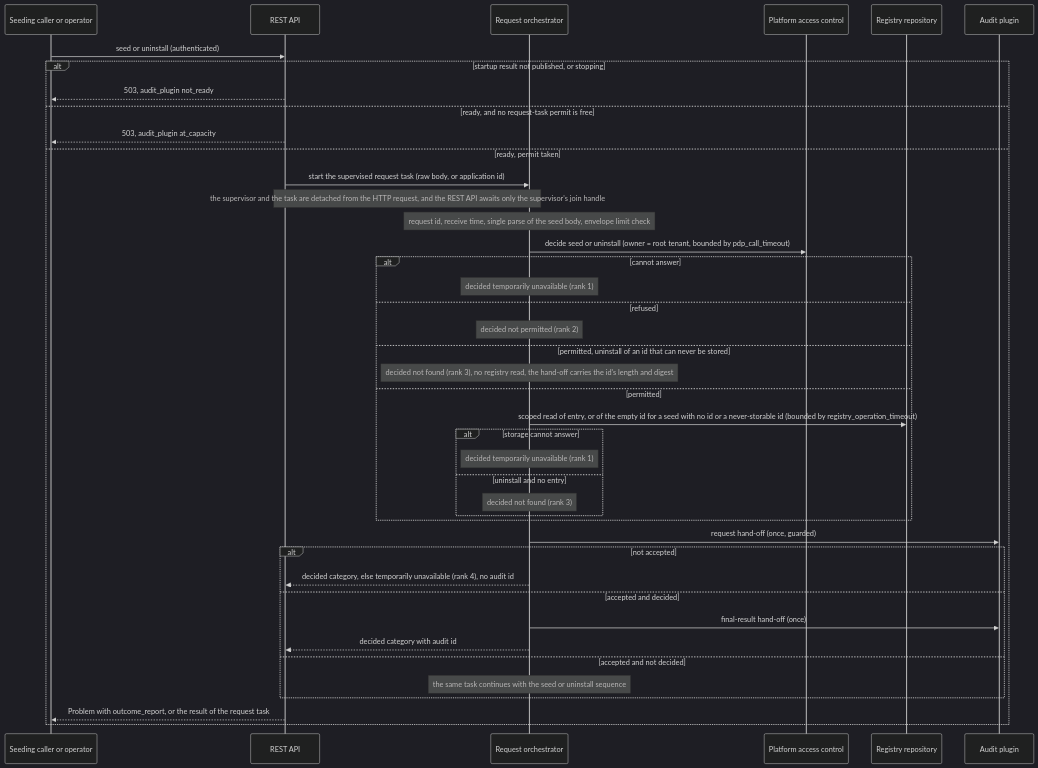
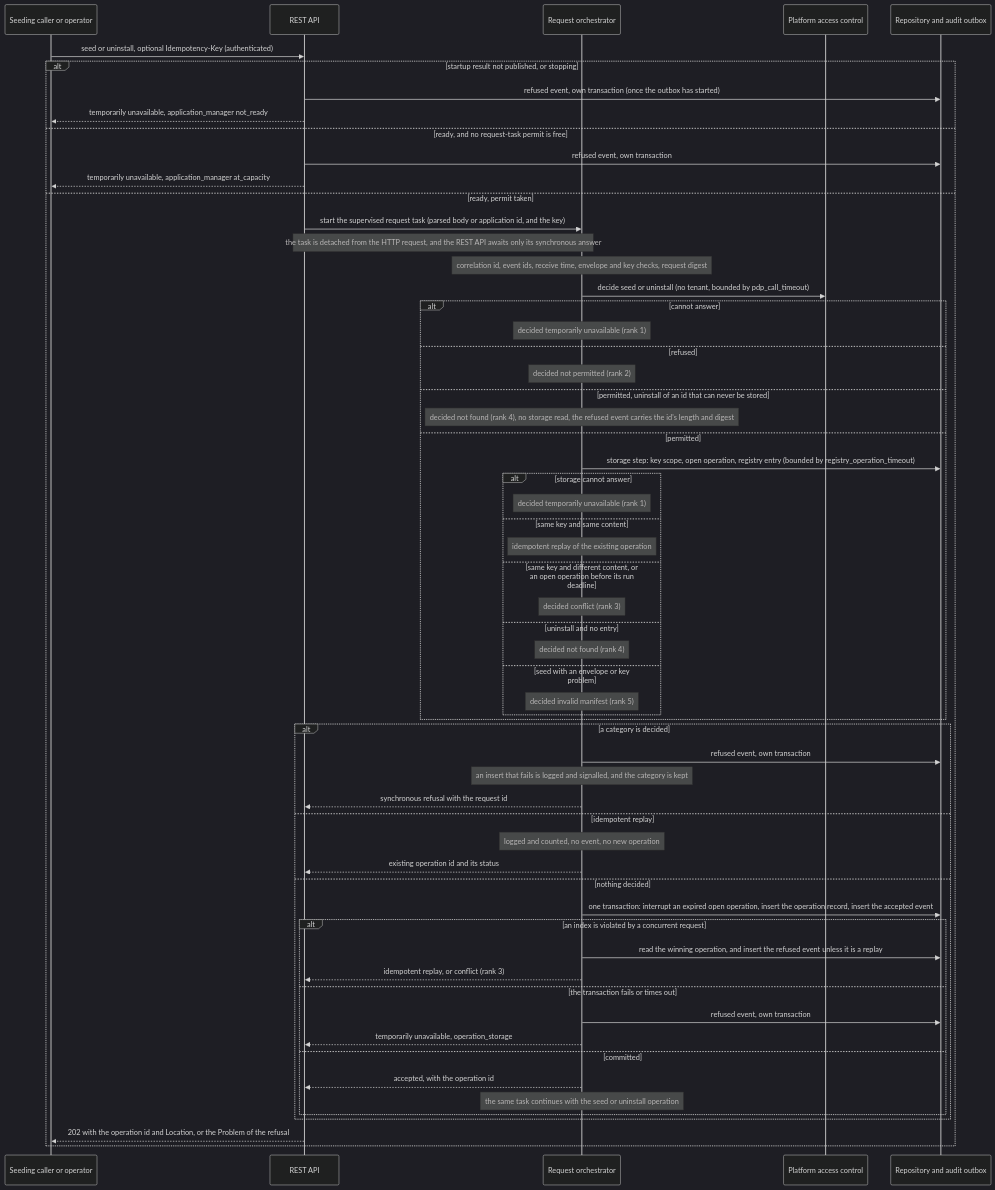
Before and after one commit to constructorfabric/gears-rust: the fifth of 12 diagrams in gears/system/application-manager/docs/DESIGN.md, drawn with Mermaid (dark theme). The commit also changed other lines of this file and 8 other files, not shown here.

````diff
--- a/gears/system/application-manager/docs/DESIGN.md
+++ b/gears/system/application-manager/docs/DESIGN.md
@@ -1004,44 +1116,62 @@
 ```mermaid
 sequenceDiagram
     participant C as Seeding caller or operator
     participant API as REST API
     participant O as Request orchestrator
     participant PDP as Platform access control
-    participant R as Registry repository
-    participant A as Audit plugin
-    C ->> API: seed or uninstall (authenticated)
+    participant R as Repository and audit outbox
+    C ->> API: seed or uninstall, optional Idempotency-Key (authenticated)
     alt startup result not published, or stopping
-        API -->> C: 503, audit_plugin not_ready
+        API ->> R: refused event, own transaction (once the outbox has started)
+        API -->> C: temporarily unavailable, application_manager not_ready
     else ready, and no request-task permit is free
-        API -->> C: 503, audit_plugin at_capacity
+        API ->> R: refused event, own transaction
+        API -->> C: temporarily unavailable, application_manager at_capacity
     else ready, permit taken
-        API ->> O: start the supervised request task (raw body, or application id)
-        Note over API,O: the supervisor and the task are detached from the HTTP request, and the REST API awaits only the supervisor's join handle
-        Note over O: request id, receive time, single parse of the seed body, envelope limit check
-        O ->> PDP: decide seed or uninstall (owner = root tenant, bounded by pdp_call_timeout)
+        API ->> O: start the supervised request task (parsed body or application id, and the key)
+        Note over API,O: the task is detached from the HTTP request, and the REST API awaits only its synchronous answer
+        Note over O: correlation id, event ids, receive time, envelope and key checks, request digest
+        O ->> PDP: decide seed or uninstall (no tenant, bounded by pdp_call_timeout)
         alt cannot answer
             Note over O: decided temporarily unavailable (rank 1)
         else refused
             Note over O: decided not permitted (rank 2)
         else permitted, uninstall of an id that can never be stored
-            Note over O: decided not found (rank 3), no registry read, the hand-off carries the id's length and digest
+            Note over O: decided not found (rank 4), no storage read, the refused event carries the id's length and digest
         else permitted
-            O ->> R: scoped read of entry, or of the empty id for a seed with no id or a never-storable id (bounded by registry_operation_timeout)
+            O ->> R: storage step: key scope, open operation, registry entry (bounded by registry_operation_timeout)
             alt storage cannot answer
                 Note over O: decided temporarily unavailable (rank 1)
+            else same key and same content
+                Note over O: idempotent replay of the existing operation
+            else same key and different content, or an open operation before its run deadline
+                Note over O: decided conflict (rank 3)
             else uninstall and no entry
-                Note over O: decided not found (rank 3)
+                Note over O: decided not found (rank 4)
+            else seed with an envelope or key problem
+                Note over O: decided invalid manifest (rank 5)
             end
         end
-        O ->> A: request hand-off (once, guarded)
-        alt not accepted
-            O -->> API: decided category, else temporarily unavailable (rank 4), no audit id
-        else accepted and decided
-            O ->> A: final-result hand-off (once)
-            O -->> API: decided category with audit id
-        else accepted and not decided
-            Note over O: the same task continues with the seed or uninstall sequence
+        alt a category is decided
+            O ->> R: refused event, own transaction
+            Note over O: an insert that fails is logged and signalled, and the category is kept
+            O -->> API: synchronous refusal with the request id
+        else idempotent replay
+            Note over O: logged and counted, no event, no new operation
+            O -->> API: existing operation id and its status
+        else nothing decided
+            O ->> R: one transaction: interrupt an expired open operation, insert the operation record, insert the accepted event
+            alt an index is violated by a concurrent request
+                O ->> R: read the winning operation, and insert the refused event unless it is a replay
+                O -->> API: idempotent replay, or conflict (rank 3)
+            else the transaction fails or times out
+                O ->> R: refused event, own transaction
+                O -->> API: temporarily unavailable, operation_storage
+            else committed
+                O -->> API: accepted, with the operation id
+                Note over O: the same task continues with the seed or uninstall operation
+            end
         end
-        API -->> C: Problem with outcome_report, or the result of the request task
+        API -->> C: 202 with the operation id and Location, or the Problem of the refusal
     end
 ```
````
